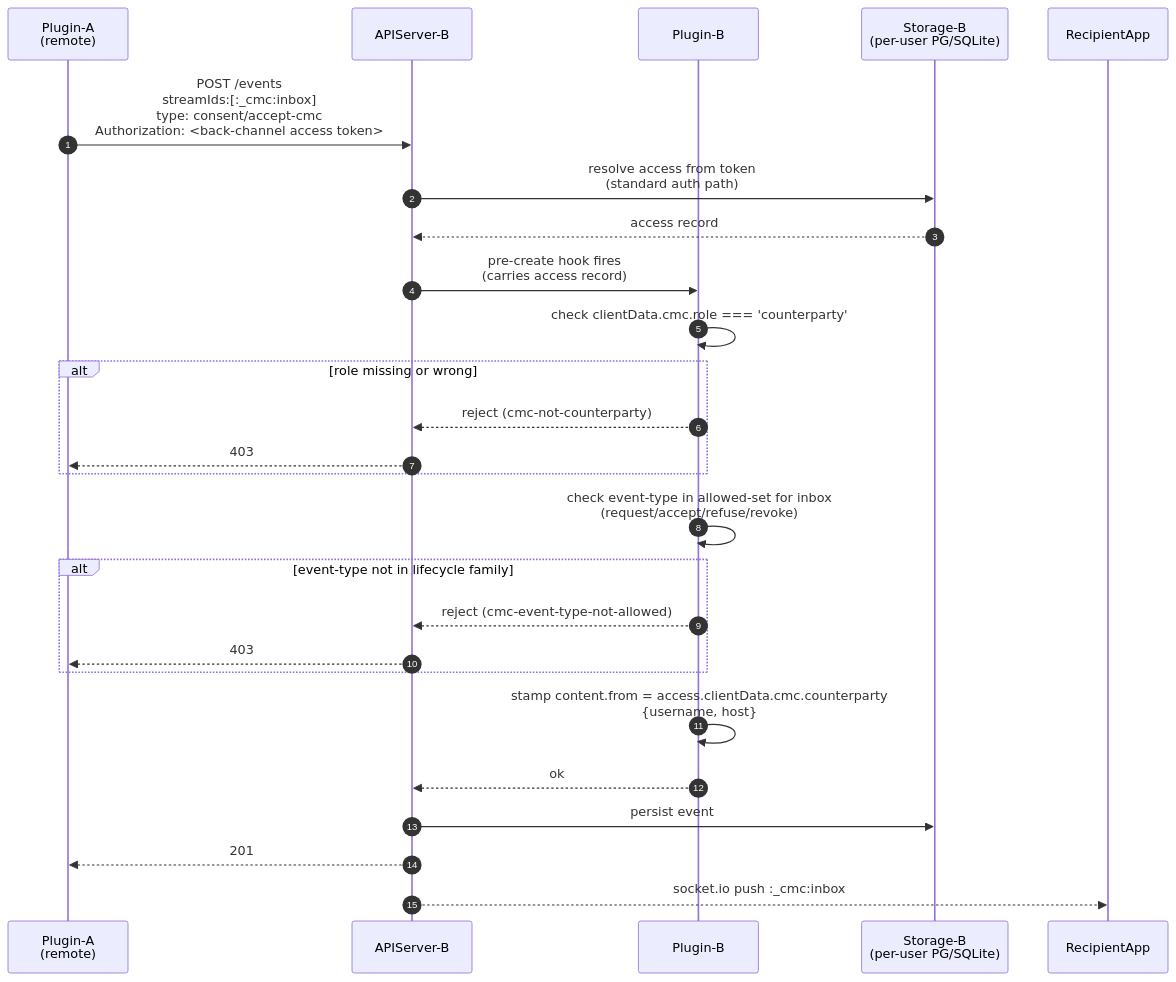
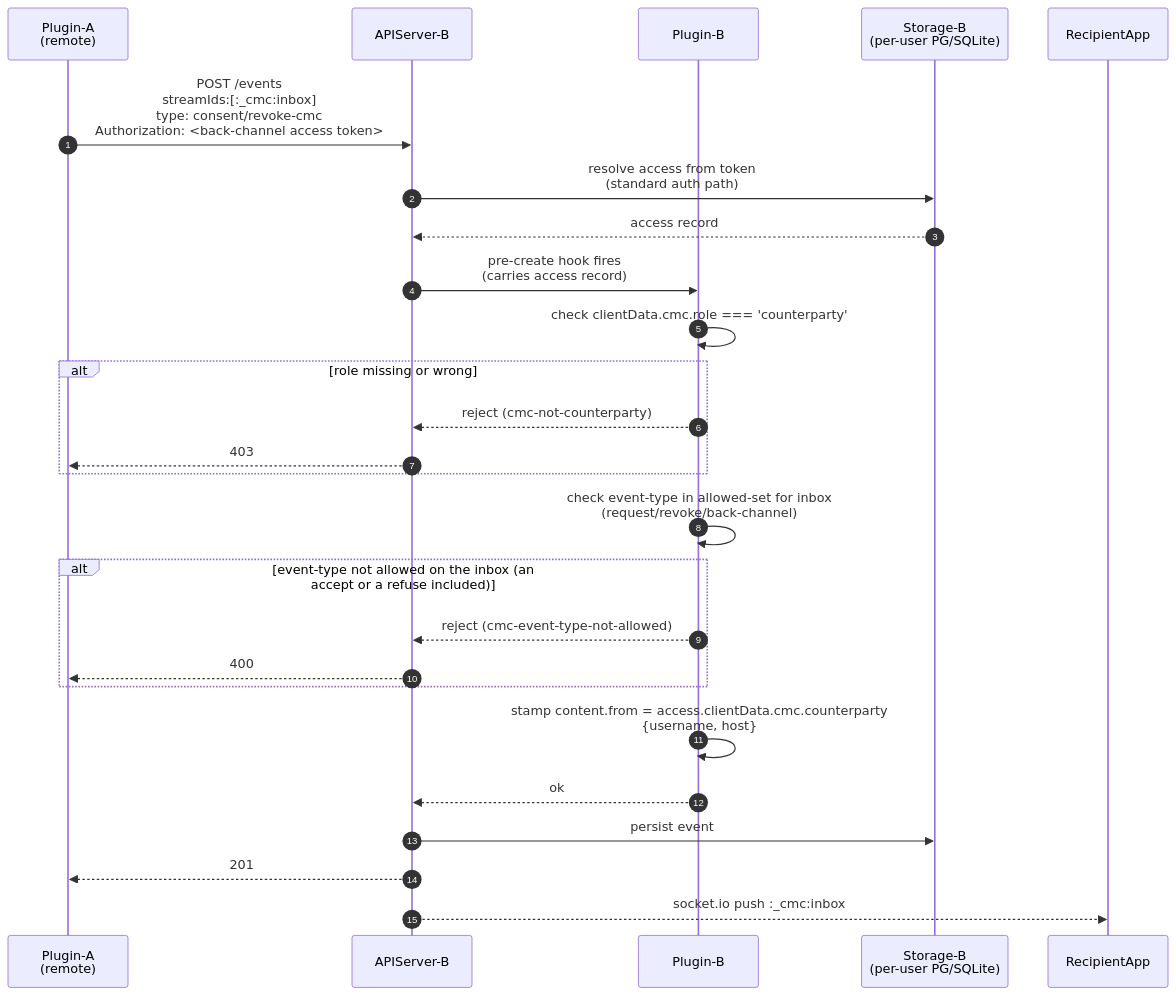
One commit to pryv/open-pryv.io changed the fifth of 14 diagrams in components/cmc/INTERNALS.md. Above: the diagram before and after it, drawn with Mermaid. The commit also changed other lines of this file and 9 other files, not shown here.

First line of the commit message:
cmc: an accept or a refuse posted on the inbox is refused

````diff
--- a/components/cmc/INTERNALS.md
+++ b/components/cmc/INTERNALS.md
@@ -252,29 +252,29 @@
 ```mermaid
 sequenceDiagram
     autonumber
     participant PeerPlugin as Plugin-A<br/>(remote)
     participant APIServer as APIServer-B
     participant Plugin as Plugin-B
     participant Storage as Storage-B<br/>(per-user PG/SQLite)
     participant App as RecipientApp
 
-    PeerPlugin->>APIServer: POST /events<br/>streamIds:[:_cmc:inbox]<br/>type: consent/accept-cmc<br/>Authorization: <back-channel access token>
+    PeerPlugin->>APIServer: POST /events<br/>streamIds:[:_cmc:inbox]<br/>type: consent/revoke-cmc<br/>Authorization: <back-channel access token>
     APIServer->>Storage: resolve access from token<br/>(standard auth path)
     Storage-->>APIServer: access record
     APIServer->>Plugin: pre-create hook fires<br/>(carries access record)
     Plugin->>Plugin: check clientData.cmc.role === 'counterparty'
     alt role missing or wrong
         Plugin-->>APIServer: reject (cmc-not-counterparty)
         APIServer-->>PeerPlugin: 403
     end
-    Plugin->>Plugin: check event-type in allowed-set for inbox<br/>(request/accept/refuse/revoke)
-    alt event-type not in lifecycle family
+    Plugin->>Plugin: check event-type in allowed-set for inbox<br/>(request/revoke/back-channel)
+    alt event-type not allowed on the inbox (an accept or a refuse included)
         Plugin-->>APIServer: reject (cmc-event-type-not-allowed)
-        APIServer-->>PeerPlugin: 403
+        APIServer-->>PeerPlugin: 400
     end
     Plugin->>Plugin: stamp content.from = access.clientData.cmc.counterparty<br/>{username, host}
     Plugin-->>APIServer: ok
     APIServer->>Storage: persist event
     APIServer-->>PeerPlugin: 201
     APIServer-->>App: socket.io push :_cmc:inbox
 ```
````
